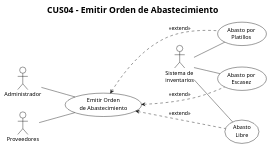
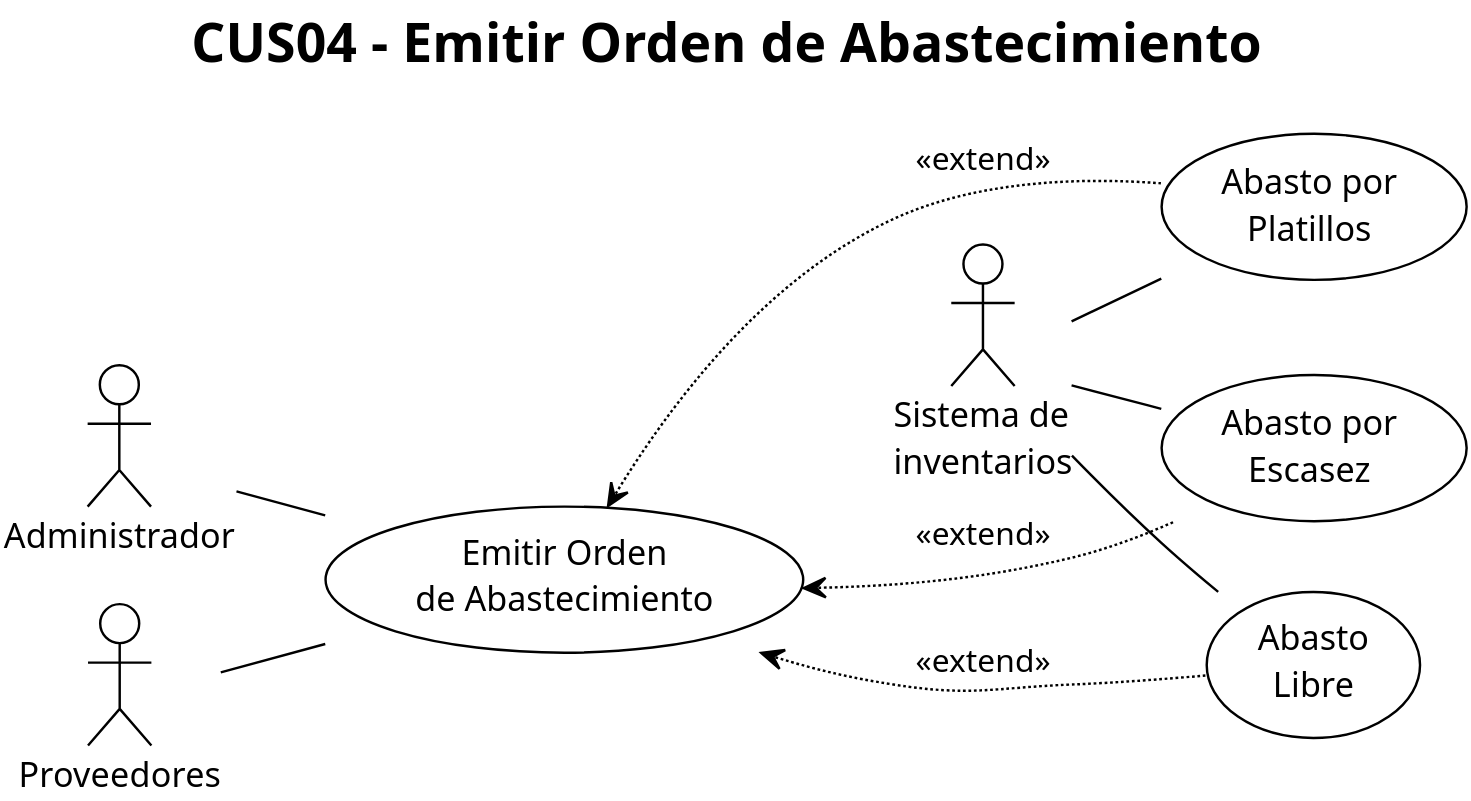
The diagram in diagrams/use-case-diagrams/cus04-emitir-orden-de-abastecimiento.puml (TURTLE-URP/TURTLE-DIAGRAMS), drawn with PlantUML before and after one commit. The commit also changed 8 other files, not shown here.

Commit message:
refactor: enhance GitHub Actions workflow for diagram deployment; add PlantUML support and improve build scripts

```diff
--- a/diagrams/use-case-diagrams/cus04-emitir-orden-de-abastecimiento.puml
+++ b/diagrams/use-case-diagrams/cus04-emitir-orden-de-abastecimiento.puml
@@ -1,26 +1,29 @@
 @startuml CUS04-Emitir Orden de Abastecimiento
+!pragma layout smetana
 !theme plain
 title CUS04 - Emitir Orden de Abastecimiento
+scale 2
+skinparam dpi 300
 
 left to right direction
 
 actor Administrador
 actor "Sistema de\ninventarios" as Inventarios
 actor Proveedores
 
 usecase (Emitir Orden\nde Abastecimiento) as UC0
 usecase (Abasto por\nPlatillos) as UC1
 usecase (Abasto por\nEscasez) as UC2
 usecase (Abasto\nLibre) as UC3
 
 Administrador -- UC0
 UC0 <... UC1 : <<extend>>
 UC0 <... UC2 : <<extend>>
 UC0 <... UC3 : <<extend>>
 
 
 Proveedores -- UC0
 Inventarios -- UC1
 Inventarios -- UC2
 Inventarios -- UC3
 @enduml
```
